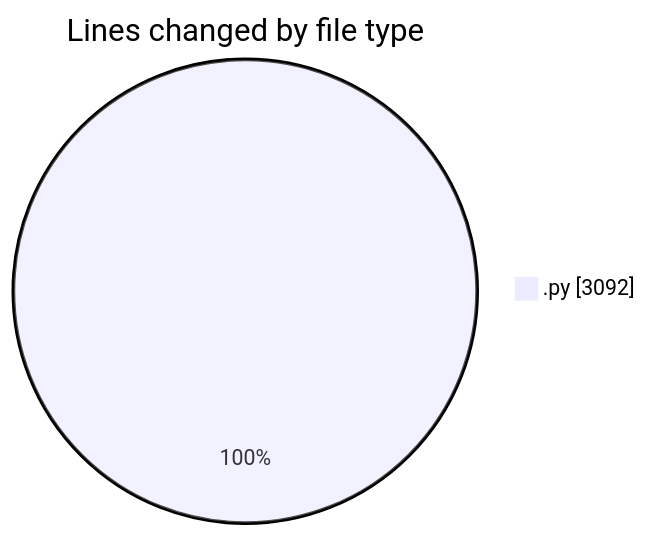
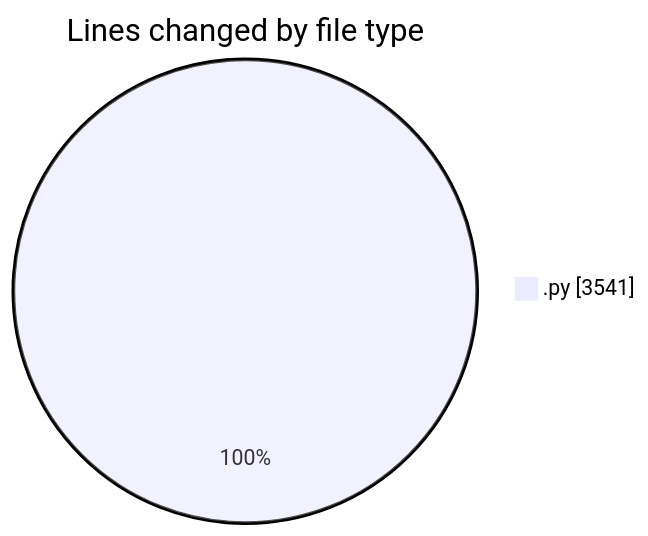
One commit to Unknowalive/code-tracking changed the first of 2 diagrams in 2026-05-28/assignment_3/README.md. Above: the diagram before and after it, drawn with Mermaid. The commit also changed other lines of this file and 1 other file, not shown here.

````diff
--- a/2026-05-28/assignment_3/README.md
+++ b/2026-05-28/assignment_3/README.md
@@ -30,5 +31,5 @@
 ```mermaid
 pie showData
 title Lines changed by file type
-".py" : 3092
+".py" : 3541
 ```
````
